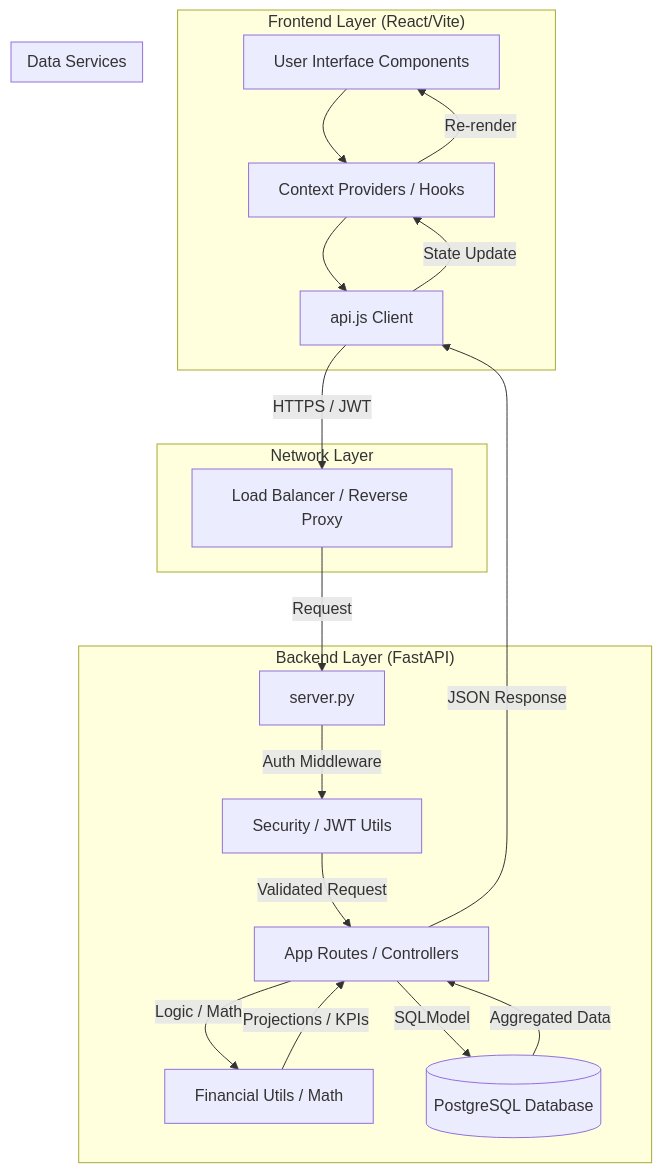
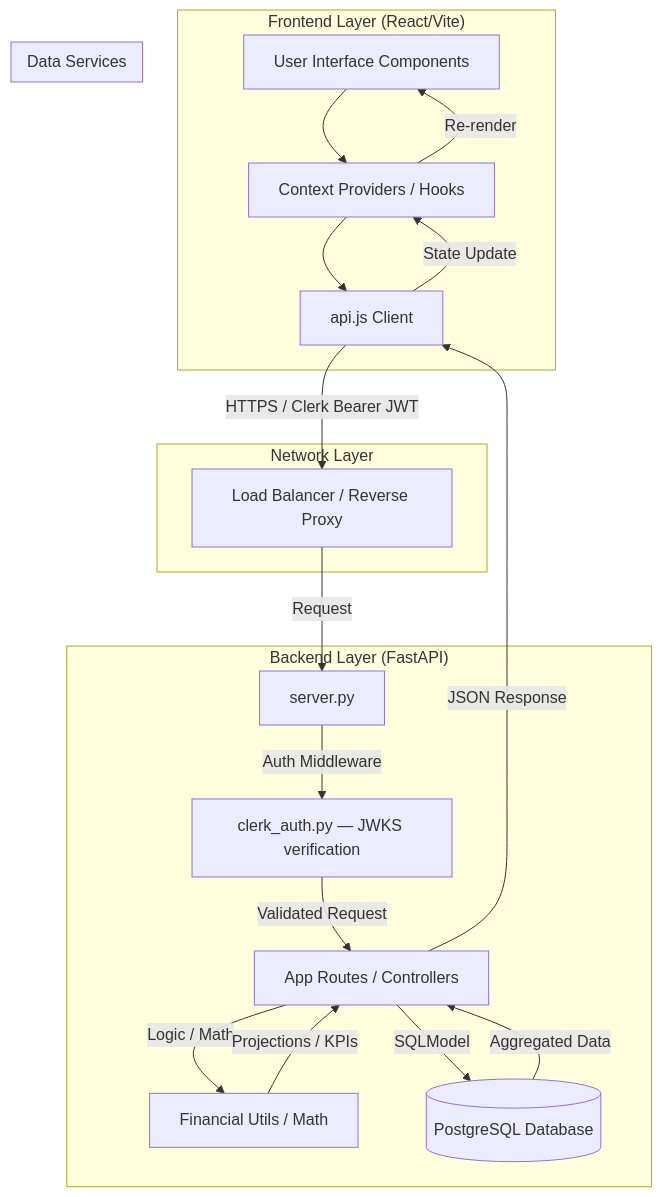
Before and after one commit to alphawizards/Propequitylab: the first of 4 diagrams in docs/architecture/codebase_data_flow_map.md, drawn with Mermaid. The commit also changed other lines of this file and 68 other files, not shown here.

````diff
--- a/docs/architecture/codebase_data_flow_map.md
+++ b/docs/architecture/codebase_data_flow_map.md
@@ -9,32 +9,32 @@
 ```mermaid
 graph TD
     subgraph "Frontend Layer (React/Vite)"
         UI[User Interface Components]
         UC[Context Providers / Hooks]
         API[api.js Client]
         
         UI --> UC
         UC --> API
     end
 
     subgraph "Network Layer"
-        API -->|HTTPS / JWT| LB[Load Balancer / Reverse Proxy]
+        API -->|HTTPS / Clerk Bearer JWT| LB[Load Balancer / Reverse Proxy]
     end
 
     subgraph "Backend Layer (FastAPI)"
         LB -->|Request| MAIN[server.py]
-        MAIN -->|Auth Middleware| SEC[Security / JWT Utils]
+        MAIN -->|Auth Middleware| SEC[clerk_auth.py — JWKS verification]
         SEC -->|Validated Request| RT[App Routes / Controllers]
         RT -->|Logic / Math| UTIL[Financial Utils / Math]
         RT -->|SQLModel| DB[(PostgreSQL Database)]
     end
 
     subgraph "Data Services"
         DB -->|Aggregated Data| RT
         UTIL -->|Projections / KPIs| RT
     end
 
     RT -->|JSON Response| API
     API -->|State Update| UC
     UC -->|Re-render| UI
 ```
````
